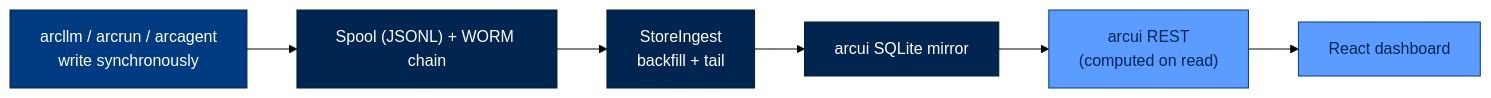
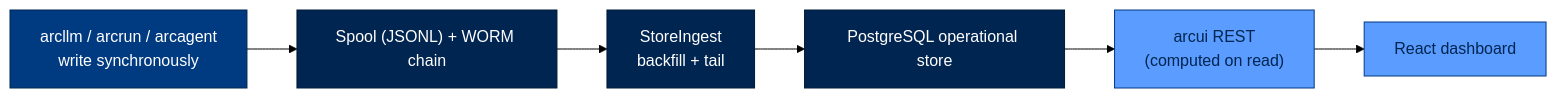
One commit to joshuamschultz/Arc changed the eighth of 8 diagrams in docs/walkthrough/09-workflows.md. Above: the diagram before and after it, drawn with Mermaid (forest theme). The commit also changed other lines of this file and 16 other files, not shown here.

First line of the commit message:
docs: align ArcStore references with PostgreSQL cutover

````diff
--- a/docs/walkthrough/09-workflows.md
+++ b/docs/walkthrough/09-workflows.md
@@ -573,18 +573,18 @@
 ```mermaid
 flowchart LR
     classDef llm     fill:#003B82,stroke:#002550,color:#FFFFFF
     classDef runtime fill:#0055BC,stroke:#003B82,color:#FFFFFF
     classDef found   fill:#002550,stroke:#001A38,color:#FFFFFF
     classDef surface fill:#5A9CFF,stroke:#003B82,color:#002550
 
     W1["arcllm / arcrun / arcagent\nwrite synchronously"] --> S["Spool (JSONL) + WORM chain"]
     S --> I["StoreIngest\nbackfill + tail"]
-    I --> DB["arcui SQLite mirror"]
+    I --> DB["PostgreSQL operational store"]
     DB --> R["arcui REST\n(computed on read)"]
     R --> UI["React dashboard"]
 
     class W1 llm
     class S,I found
     class DB found
     class R,UI surface
 ```
````
